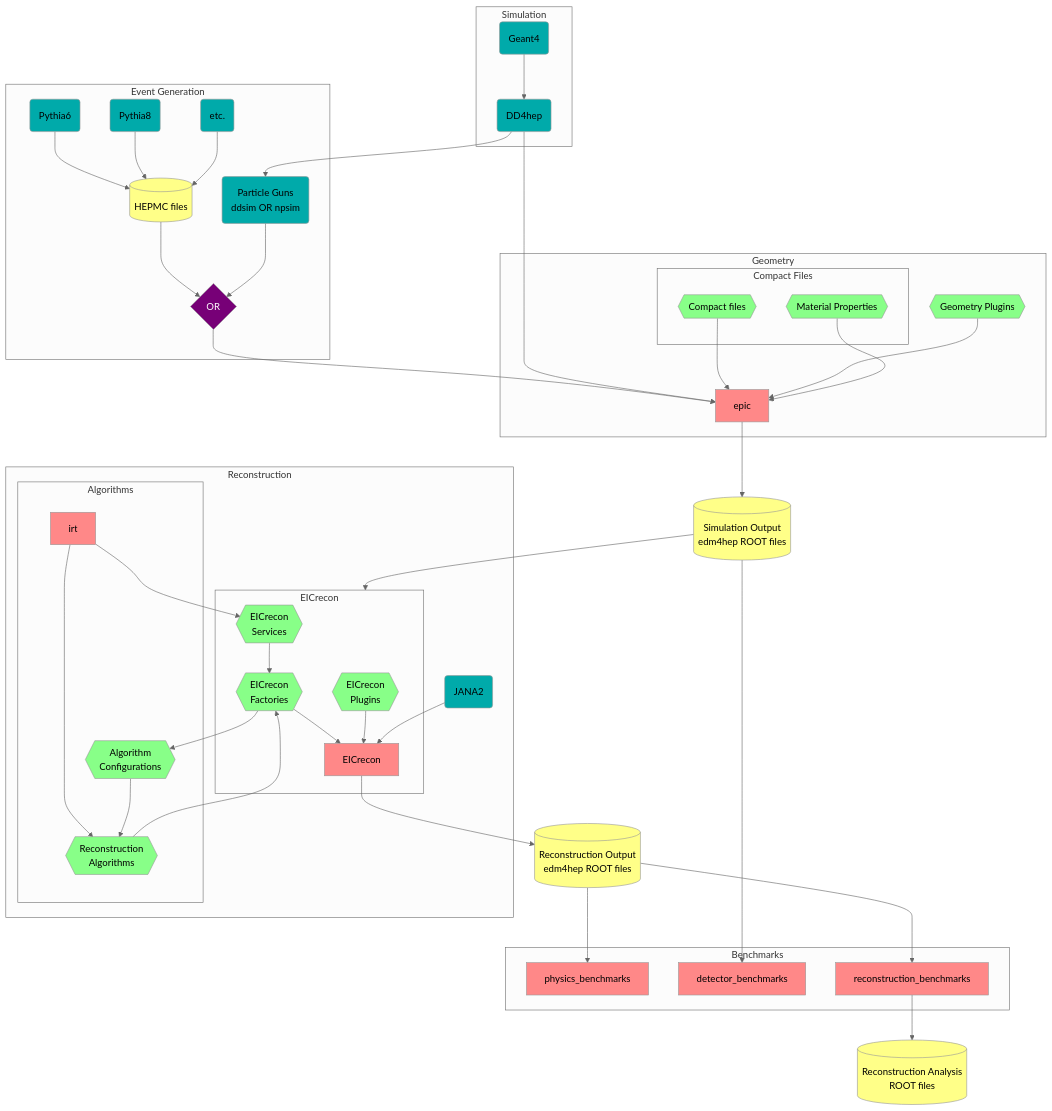
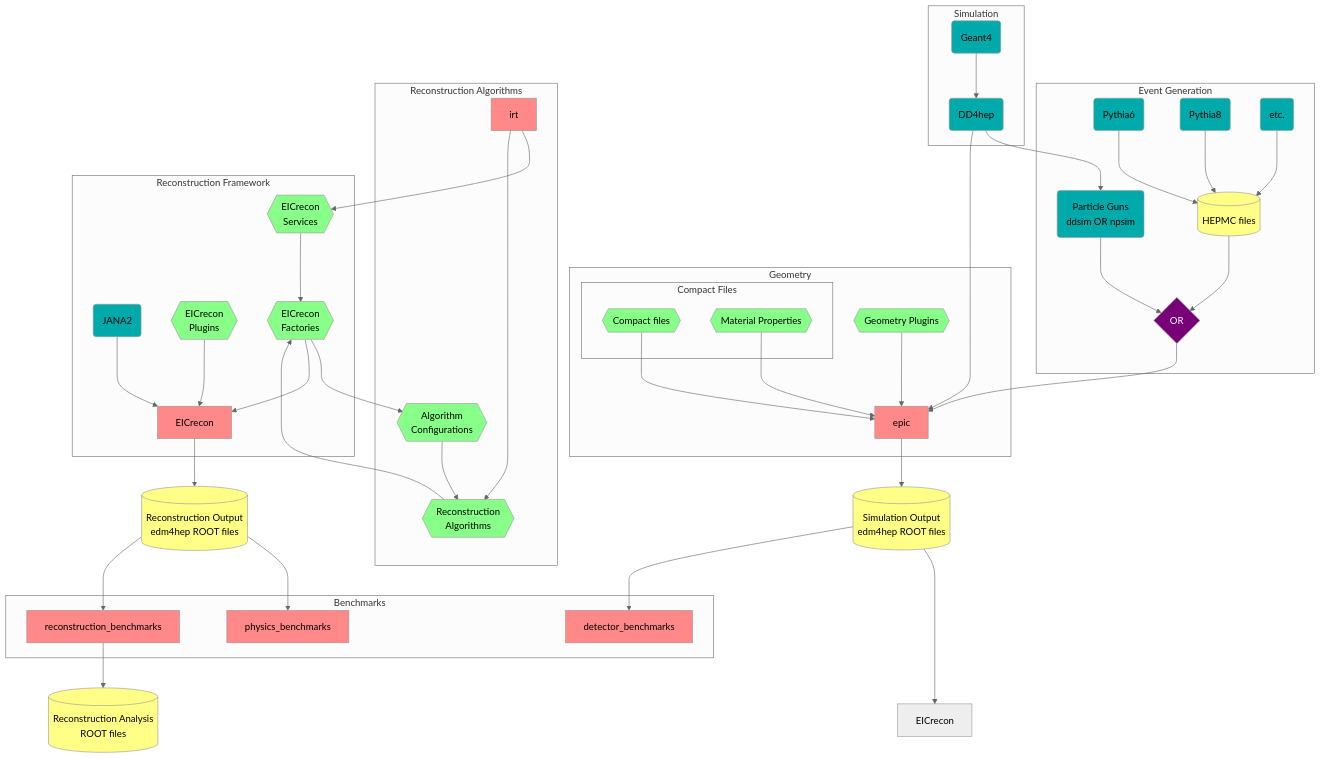
One commit to eic/drich-dev changed the third of 3 diagrams in README.md. Above: the diagram before and after it, drawn with Mermaid (neutral theme).

Commit message:
modified:   README.md

````diff
--- a/README.md
+++ b/README.md
@@ -228,83 +228,81 @@
 ```mermaid
 flowchart TB
   classDef epic fill:#ff8888,color:black
   classDef dep fill:#00aaaa,color:black
   classDef obj fill:#88ff88,color:black
   classDef data fill:#ffff88,color:black
   classDef op fill:#770077,color:white
 
   subgraph Event Generation
     Pythia6(Pythia6):::dep
     Pythia8(Pythia8):::dep
     OtherGen(etc.):::dep
     Hepmc[(HEPMC files)]:::data
     Gun(Particle Guns<br/>ddsim OR npsim):::dep
     GenOR{OR}:::op
   end
   Pythia6  --> Hepmc
   Pythia8  --> Hepmc
   OtherGen --> Hepmc
   Hepmc    --> GenOR
   Gun      --> GenOR
 
   subgraph Simulation
     DD4hep(DD4hep):::dep
     Geant(Geant4):::dep
   end
   Geant --> DD4hep
 
   subgraph Geometry
     Epic[epic]:::epic
     subgraph Compact Files
       DDCompact{{Compact files}}:::obj
       DDMat{{Material Properties}}:::obj
     end
     DDPlugin{{Geometry Plugins}}:::obj
   end
   SimOut[(Simulation Output<br/>edm4hep ROOT files)]:::data
   DD4hep    --> Gun
   GenOR     --> Epic
   DD4hep    --> Epic
   DDCompact --> Epic
   DDPlugin  --> Epic
   DDMat     --> Epic
   Epic      --> SimOut
 
-  subgraph Reconstruction
+  subgraph Reconstruction Algorithms
+    IRT[irt]:::epic
+    RecoAlgorithms{{Reconstruction<br/>Algorithms}}:::obj
+    RecoAlgorithmConfigs{{Algorithm<br/>Configurations}}:::obj
+  end
+  subgraph Reconstruction Framework
     JANA(JANA2):::dep
-    subgraph Algorithms
-      IRT[irt]:::epic
-      RecoAlgorithms{{Reconstruction<br/>Algorithms}}:::obj
-      RecoAlgorithmConfigs{{Algorithm<br/>Configurations}}:::obj
-    end
-    subgraph EICrecon
-      EICreconPlugins{{EICrecon<br/>Plugins}}:::obj
-      EICreconFactories{{EICrecon<br/>Factories}}:::obj
-      EICreconServices{{EICrecon<br/>Services}}:::obj
-      EICreconRepo[EICrecon]:::epic
-    end
+    EICreconPlugins{{EICrecon<br/>Plugins}}:::obj
+    EICreconFactories{{EICrecon<br/>Factories}}:::obj
+    EICreconServices{{EICrecon<br/>Services}}:::obj
+    EICreconRepo[EICrecon]:::epic
   end
   RecOut[(Reconstruction Output<br/>edm4hep ROOT files)]:::data
   SimOut               ---> EICrecon
   IRT                  -->  EICreconServices
   IRT                  -->  RecoAlgorithms
   RecoAlgorithmConfigs -->  RecoAlgorithms
   EICreconServices     -->  EICreconFactories
   RecoAlgorithms       -->  EICreconFactories
   EICreconFactories    -->  RecoAlgorithmConfigs
   EICreconFactories    -->  EICreconRepo
   EICreconPlugins      -->  EICreconRepo
   JANA                 -->  EICreconRepo
   EICreconRepo         -->  RecOut
 
   subgraph Benchmarks
     PhysicsBenchmarks[physics_benchmarks]:::epic
     DetectorBenchmarks[detector_benchmarks]:::epic
     ReconstructionBenchmarks[reconstruction_benchmarks]:::epic
   end
   AnaOut[(Reconstruction Analysis<br/>ROOT files)]:::data
   SimOut --> DetectorBenchmarks
   RecOut --> PhysicsBenchmarks
   RecOut --> ReconstructionBenchmarks --> AnaOut
 
 ```
````
